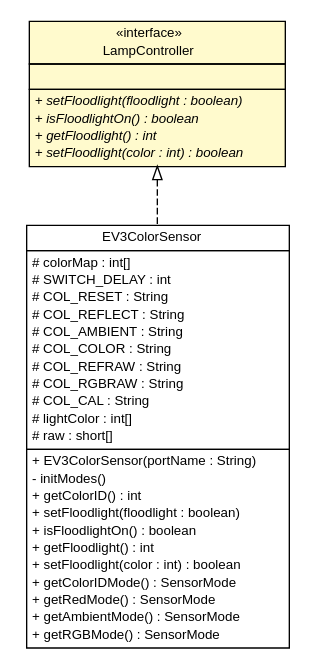
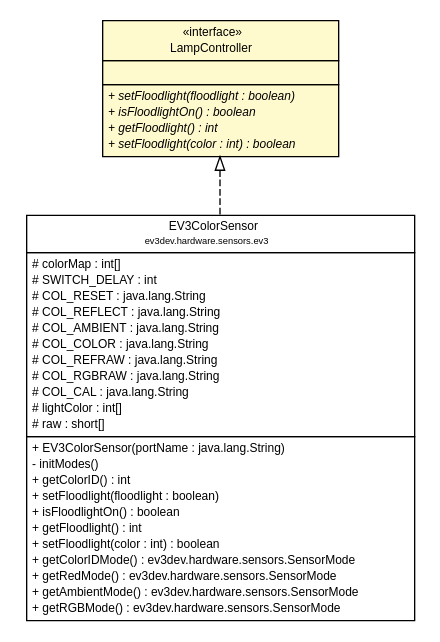
Before and after one commit to ev3dev-lang-java/ev3dev-lang-java: the diagram in docs/api/lejos/robotics/LampController.dot, drawn with Graphviz. The commit also changed 413 other files, not shown here.

```diff
--- a/docs/api/lejos/robotics/LampController.dot
+++ b/docs/api/lejos/robotics/LampController.dot
@@ -1,62 +1,63 @@
 #!/usr/local/bin/dot
 #
 # Class diagram 
 # Generated by UMLGraph version R5_6-24-gf6e263 (http://www.umlgraph.org/)
 #
 
 digraph G {
 	edge [fontname="Helvetica",fontsize=10,labelfontname="Helvetica",labelfontsize=10];
 	node [fontname="Helvetica",fontsize=10,shape=plaintext];
 	nodesep=0.25;
 	ranksep=0.5;
 	// ev3dev.hardware.sensors.ev3.EV3ColorSensor
-	c4545 [label=<<table title="ev3dev.hardware.sensors.ev3.EV3ColorSensor" border="0" cellborder="1" cellspacing="0" cellpadding="2" port="p" href="../../ev3dev/hardware/sensors/ev3/EV3ColorSensor.html">
+	c4549 [label=<<table title="ev3dev.hardware.sensors.ev3.EV3ColorSensor" border="0" cellborder="1" cellspacing="0" cellpadding="2" port="p" href="../../ev3dev/hardware/sensors/ev3/EV3ColorSensor.html">
 		<tr><td><table border="0" cellspacing="0" cellpadding="1">
 <tr><td align="center" balign="center"> EV3ColorSensor </td></tr>
+<tr><td align="center" balign="center"><font point-size="7.0"> ev3dev.hardware.sensors.ev3 </font></td></tr>
 		</table></td></tr>
 		<tr><td><table border="0" cellspacing="0" cellpadding="1">
 <tr><td align="left" balign="left"> # colorMap : int[] </td></tr>
 <tr><td align="left" balign="left"> # SWITCH_DELAY : int </td></tr>
-<tr><td align="left" balign="left"> # COL_RESET : String </td></tr>
-<tr><td align="left" balign="left"> # COL_REFLECT : String </td></tr>
-<tr><td align="left" balign="left"> # COL_AMBIENT : String </td></tr>
-<tr><td align="left" balign="left"> # COL_COLOR : String </td></tr>
-<tr><td align="left" balign="left"> # COL_REFRAW : String </td></tr>
-<tr><td align="left" balign="left"> # COL_RGBRAW : String </td></tr>
-<tr><td align="left" balign="left"> # COL_CAL : String </td></tr>
+<tr><td align="left" balign="left"> # COL_RESET : java.lang.String </td></tr>
+<tr><td align="left" balign="left"> # COL_REFLECT : java.lang.String </td></tr>
+<tr><td align="left" balign="left"> # COL_AMBIENT : java.lang.String </td></tr>
+<tr><td align="left" balign="left"> # COL_COLOR : java.lang.String </td></tr>
+<tr><td align="left" balign="left"> # COL_REFRAW : java.lang.String </td></tr>
+<tr><td align="left" balign="left"> # COL_RGBRAW : java.lang.String </td></tr>
+<tr><td align="left" balign="left"> # COL_CAL : java.lang.String </td></tr>
 <tr><td align="left" balign="left"> # lightColor : int[] </td></tr>
 <tr><td align="left" balign="left"> # raw : short[] </td></tr>
 		</table></td></tr>
 		<tr><td><table border="0" cellspacing="0" cellpadding="1">
-<tr><td align="left" balign="left"> + EV3ColorSensor(portName : String) </td></tr>
+<tr><td align="left" balign="left"> + EV3ColorSensor(portName : java.lang.String) </td></tr>
 <tr><td align="left" balign="left"> - initModes() </td></tr>
 <tr><td align="left" balign="left"> + getColorID() : int </td></tr>
 <tr><td align="left" balign="left"> + setFloodlight(floodlight : boolean) </td></tr>
 <tr><td align="left" balign="left"> + isFloodlightOn() : boolean </td></tr>
 <tr><td align="left" balign="left"> + getFloodlight() : int </td></tr>
 <tr><td align="left" balign="left"> + setFloodlight(color : int) : boolean </td></tr>
-<tr><td align="left" balign="left"> + getColorIDMode() : SensorMode </td></tr>
-<tr><td align="left" balign="left"> + getRedMode() : SensorMode </td></tr>
-<tr><td align="left" balign="left"> + getAmbientMode() : SensorMode </td></tr>
-<tr><td align="left" balign="left"> + getRGBMode() : SensorMode </td></tr>
+<tr><td align="left" balign="left"> + getColorIDMode() : ev3dev.hardware.sensors.SensorMode </td></tr>
+<tr><td align="left" balign="left"> + getRedMode() : ev3dev.hardware.sensors.SensorMode </td></tr>
+<tr><td align="left" balign="left"> + getAmbientMode() : ev3dev.hardware.sensors.SensorMode </td></tr>
+<tr><td align="left" balign="left"> + getRGBMode() : ev3dev.hardware.sensors.SensorMode </td></tr>
 		</table></td></tr>
-		</table>>, URL="../../ev3dev/hardware/sensors/ev3/EV3ColorSensor.html", fontname="Helvetica", fontcolor="black", fontsize=10.0];
+		</table>>, URL="../../ev3dev/hardware/sensors/ev3/EV3ColorSensor.html", fontname="Helvetica", fontcolor="black", fontsize=9.0];
 	// lejos.robotics.LampController
-	c4571 [label=<<table title="lejos.robotics.LampController" border="0" cellborder="1" cellspacing="0" cellpadding="2" port="p" bgcolor="lemonChiffon" href="./LampController.html">
+	c4575 [label=<<table title="lejos.robotics.LampController" border="0" cellborder="1" cellspacing="0" cellpadding="2" port="p" bgcolor="lemonChiffon" href="./LampController.html">
 		<tr><td><table border="0" cellspacing="0" cellpadding="1">
 <tr><td align="center" balign="center"> &#171;interface&#187; </td></tr>
 <tr><td align="center" balign="center"> LampController </td></tr>
 		</table></td></tr>
 		<tr><td><table border="0" cellspacing="0" cellpadding="1">
 <tr><td align="left" balign="left">  </td></tr>
 		</table></td></tr>
 		<tr><td><table border="0" cellspacing="0" cellpadding="1">
-<tr><td align="left" balign="left"><font face="Helvetica-Oblique" point-size="10.0"> + setFloodlight(floodlight : boolean) </font></td></tr>
-<tr><td align="left" balign="left"><font face="Helvetica-Oblique" point-size="10.0"> + isFloodlightOn() : boolean </font></td></tr>
-<tr><td align="left" balign="left"><font face="Helvetica-Oblique" point-size="10.0"> + getFloodlight() : int </font></td></tr>
-<tr><td align="left" balign="left"><font face="Helvetica-Oblique" point-size="10.0"> + setFloodlight(color : int) : boolean </font></td></tr>
+<tr><td align="left" balign="left"><font face="Helvetica-Oblique" point-size="9.0"> + setFloodlight(floodlight : boolean) </font></td></tr>
+<tr><td align="left" balign="left"><font face="Helvetica-Oblique" point-size="9.0"> + isFloodlightOn() : boolean </font></td></tr>
+<tr><td align="left" balign="left"><font face="Helvetica-Oblique" point-size="9.0"> + getFloodlight() : int </font></td></tr>
+<tr><td align="left" balign="left"><font face="Helvetica-Oblique" point-size="9.0"> + setFloodlight(color : int) : boolean </font></td></tr>
 		</table></td></tr>
-		</table>>, URL="./LampController.html", fontname="Helvetica", fontcolor="black", fontsize=10.0];
+		</table>>, URL="./LampController.html", fontname="Helvetica", fontcolor="black", fontsize=9.0];
 	//ev3dev.hardware.sensors.ev3.EV3ColorSensor implements lejos.robotics.LampController
-	c4571:p -> c4545:p [dir=back,arrowtail=empty,style=dashed];
+	c4575:p -> c4549:p [dir=back,arrowtail=empty,style=dashed];
 }
```
